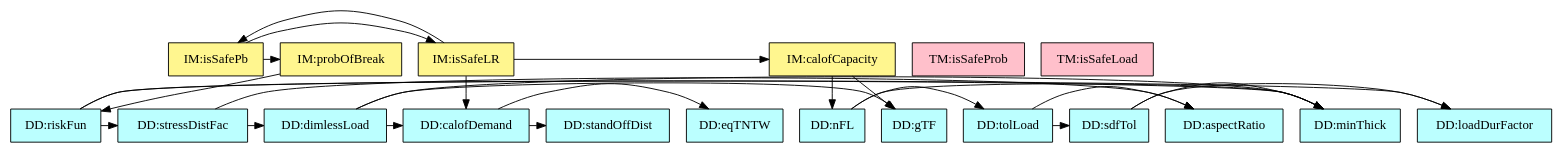
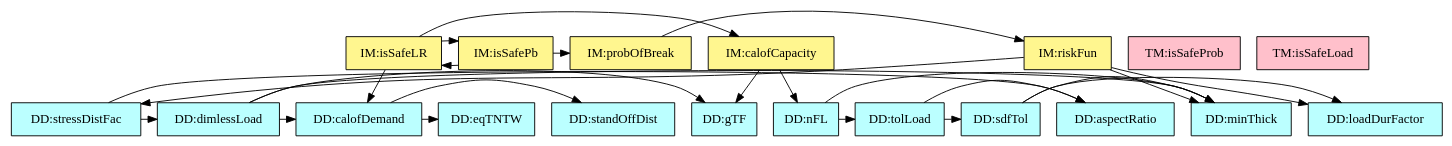
One commit to JacquesCarette/Drasil changed the diagram in code/stable/glassbr/TraceyGraph/refvsref.dot. Above: the diagram before and after it, drawn with Graphviz. The commit also changed 26 other files, not shown here.

```diff
--- a/code/stable/glassbr/TraceyGraph/refvsref.dot
+++ b/code/stable/glassbr/TraceyGraph/refvsref.dot
@@ -1,65 +1,65 @@
 digraph refvsref {
-	riskFun -> minThick;
-	riskFun -> loadDurFactor;
-	riskFun -> stressDistFac;
 	stressDistFac -> dimlessLoad;
 	stressDistFac -> aR;
 	nFL -> minThick;
 	nFL -> tolLoad;
 	dimlessLoad -> minThick;
 	dimlessLoad -> glassTypeFac;
 	dimlessLoad -> demandq;
 	tolLoad -> sdfTol;
 	tolLoad -> aR;
 	sdfTol -> minThick;
 	sdfTol -> loadDurFactor;
 	demandq -> stdOffDist;
 	demandq -> eqTNTChar;
+	riskFun -> minThick;
+	riskFun -> loadDurFactor;
+	riskFun -> stressDistFac;
 	probBr -> riskFun;
 	lResistance -> nFL;
 	lResistance -> glassTypeFac;
 	isSafePb -> probBr;
 	isSafePb -> isSafeLR;
 	isSafeLR -> demandq;
 	isSafeLR -> lResistance;
 	isSafeLR -> isSafePb;
 
 
-	riskFun	[shape=box, color=black, style=filled, fillcolor=paleturquoise1, label="DD:riskFun"];
 	minThick	[shape=box, color=black, style=filled, fillcolor=paleturquoise1, label="DD:minThick"];
 	loadDurFactor	[shape=box, color=black, style=filled, fillcolor=paleturquoise1, label="DD:loadDurFactor"];
 	stressDistFac	[shape=box, color=black, style=filled, fillcolor=paleturquoise1, label="DD:stressDistFac"];
 	nFL	[shape=box, color=black, style=filled, fillcolor=paleturquoise1, label="DD:nFL"];
 	glassTypeFac	[shape=box, color=black, style=filled, fillcolor=paleturquoise1, label="DD:gTF"];
 	dimlessLoad	[shape=box, color=black, style=filled, fillcolor=paleturquoise1, label="DD:dimlessLoad"];
 	tolLoad	[shape=box, color=black, style=filled, fillcolor=paleturquoise1, label="DD:tolLoad"];
 	sdfTol	[shape=box, color=black, style=filled, fillcolor=paleturquoise1, label="DD:sdfTol"];
 	stdOffDist	[shape=box, color=black, style=filled, fillcolor=paleturquoise1, label="DD:standOffDist"];
 	aR	[shape=box, color=black, style=filled, fillcolor=paleturquoise1, label="DD:aspectRatio"];
 	eqTNTChar	[shape=box, color=black, style=filled, fillcolor=paleturquoise1, label="DD:eqTNTW"];
 	demandq	[shape=box, color=black, style=filled, fillcolor=paleturquoise1, label="DD:calofDemand"];
 
 	subgraph DD {
 	rank="same"
-	{riskFun, minThick, loadDurFactor, stressDistFac, nFL, glassTypeFac, dimlessLoad, tolLoad, sdfTol, stdOffDist, aR, eqTNTChar, demandq}
+	{minThick, loadDurFactor, stressDistFac, nFL, glassTypeFac, dimlessLoad, tolLoad, sdfTol, stdOffDist, aR, eqTNTChar, demandq}
 	}
 
 	isSafeProb	[shape=box, color=black, style=filled, fillcolor=pink, label="TM:isSafeProb"];
 	isSafeLoad	[shape=box, color=black, style=filled, fillcolor=pink, label="TM:isSafeLoad"];
 
 	subgraph TM {
 	rank="same"
 	{isSafeProb, isSafeLoad}
 	}
 
+	riskFun	[shape=box, color=black, style=filled, fillcolor=khaki1, label="IM:riskFun"];
 	probBr	[shape=box, color=black, style=filled, fillcolor=khaki1, label="IM:probOfBreak"];
 	lResistance	[shape=box, color=black, style=filled, fillcolor=khaki1, label="IM:calofCapacity"];
 	isSafePb	[shape=box, color=black, style=filled, fillcolor=khaki1, label="IM:isSafePb"];
 	isSafeLR	[shape=box, color=black, style=filled, fillcolor=khaki1, label="IM:isSafeLR"];
 
 	subgraph IM {
 	rank="same"
-	{probBr, lResistance, isSafePb, isSafeLR}
+	{riskFun, probBr, lResistance, isSafePb, isSafeLR}
 	}
 
 }
```
